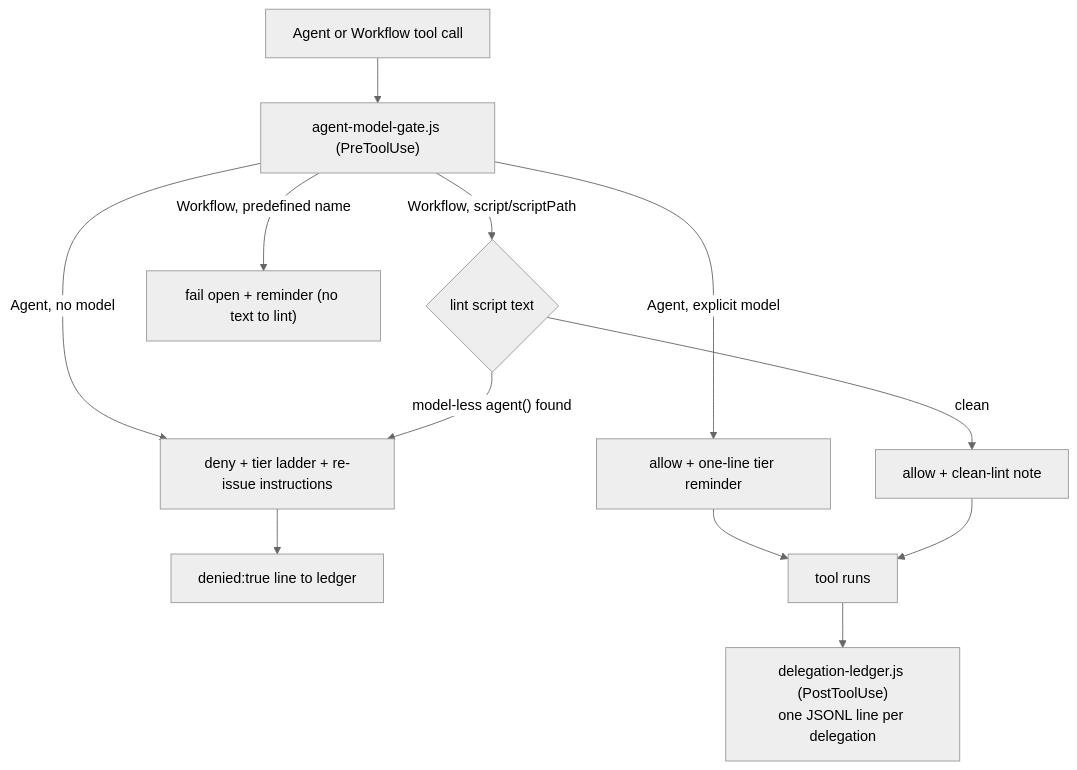
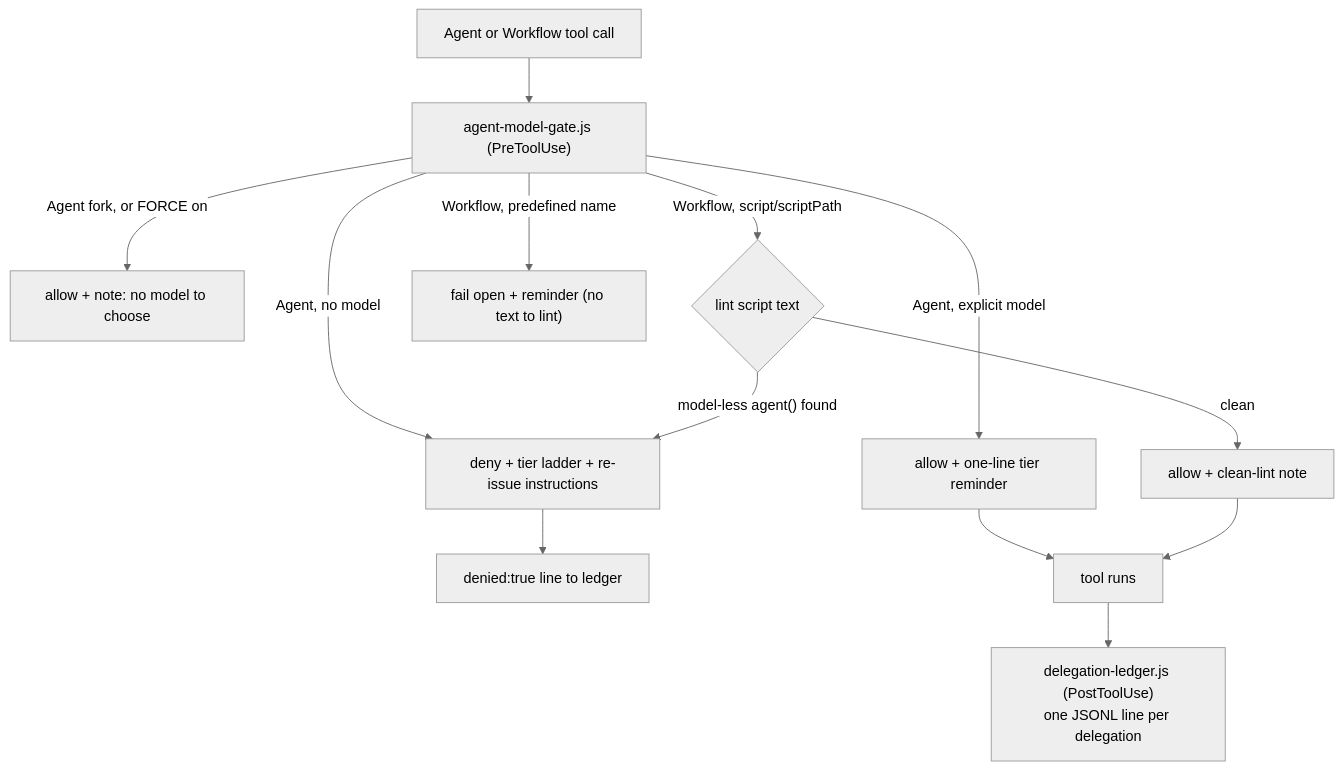
The diagram in hooks/README.md (TheRealBillSiegler/delegation-tiering), drawn with Mermaid (neutral theme) before and after one commit. The commit also changed other lines of this file and 4 other files, not shown here.

First line of the commit message:
fix(gate): allow forks and forced-model sessions without a model

````diff
--- a/hooks/README.md
+++ b/hooks/README.md
@@ -7,12 +7,13 @@
 ```mermaid
 flowchart TD
     CALL["Agent or Workflow tool call"] --> GATE["agent-model-gate.js (PreToolUse)"]
     GATE -- "Agent, no model" --> DENY["deny + tier ladder + re-issue instructions"]
     GATE -- "Agent, explicit model" --> ALLOW["allow + one-line tier reminder"]
+    GATE -- "Agent fork, or FORCE on" --> NOTE["allow + note: no model to choose"]
     GATE -- "Workflow, script/scriptPath" --> LINT{"lint script text"}
     LINT -- "model-less agent() found" --> DENY
     LINT -- "clean" --> ALLOW2["allow + clean-lint note"]
     GATE -- "Workflow, predefined name" --> OPEN["fail open + reminder (no text to lint)"]
     DENY --> LOG["denied:true line to ledger"]
     ALLOW & ALLOW2 --> RUN["tool runs"] --> LED["delegation-ledger.js (PostToolUse)<br>one JSONL line per delegation"]
 ```
````
